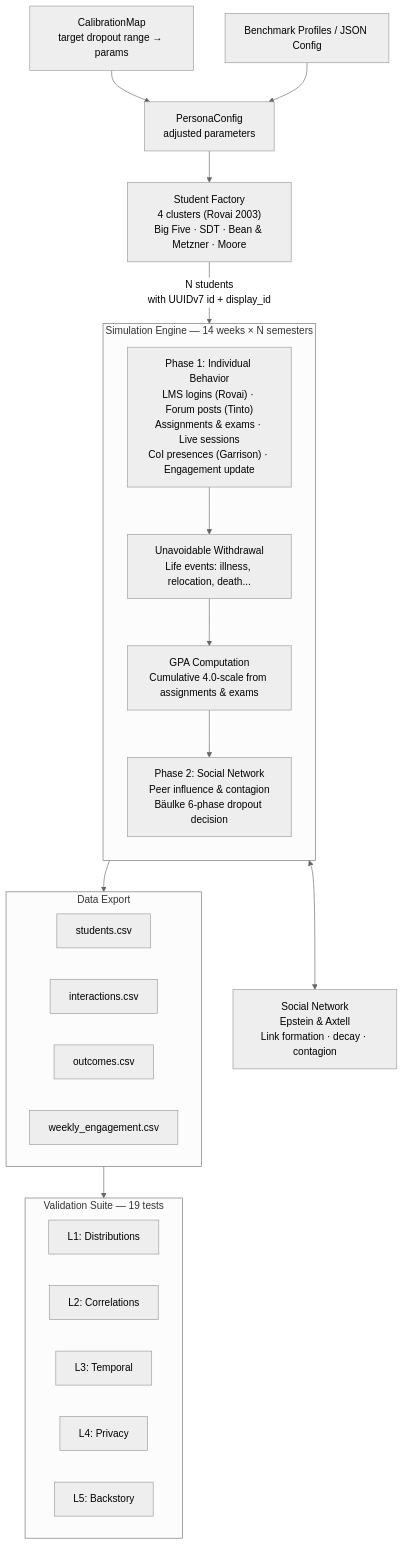
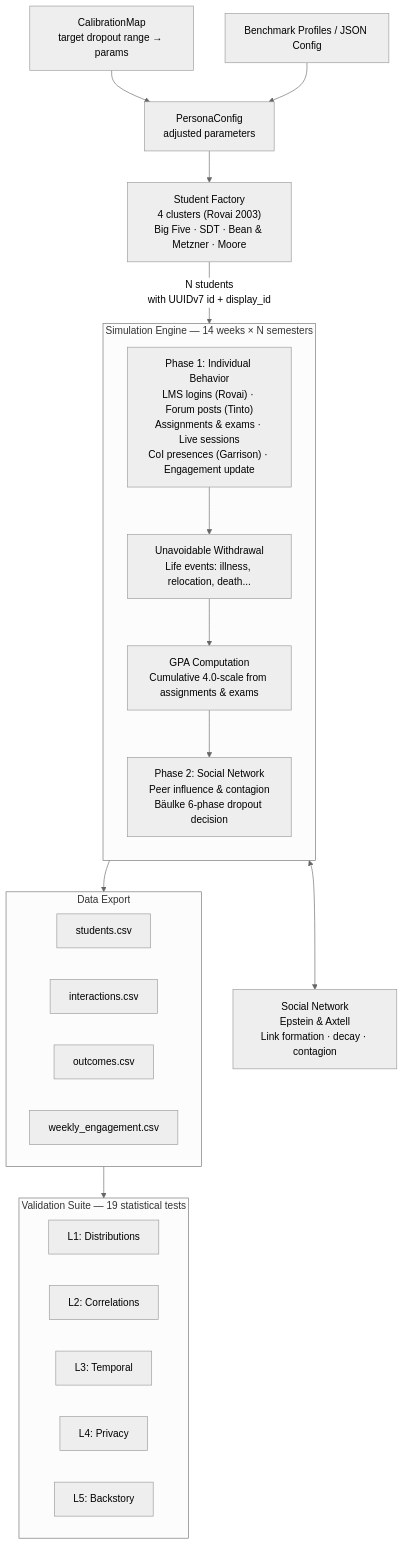
One commit to theaiagent/SynthEd changed the diagram in README.md. Above: the diagram before and after it, drawn with Mermaid (neutral theme). The commit also changed other lines of this file, not shown here.

Commit message:
docs: update README for LLM cluster features (288 tests, 23 files)

````diff
--- a/README.md
+++ b/README.md
@@ -42,47 +42,47 @@
 ```mermaid
 flowchart TD
     CM["CalibrationMap\ntarget dropout range → params"]
     BP["Benchmark Profiles / JSON Config"]
     PC["PersonaConfig\nadjusted parameters"]
 
     CM --> PC
     BP --> PC
 
     SF["Student Factory\n4 clusters (Rovai 2003)\nBig Five · SDT · Bean & Metzner · Moore"]
     PC --> SF
 
     SF -->|"N students\nwith UUIDv7 id + display_id"| engine
 
     subgraph engine ["Simulation Engine — 14 weeks × N semesters"]
         direction TB
         P1["Phase 1: Individual Behavior\nLMS logins (Rovai) · Forum posts (Tinto)\nAssignments & exams · Live sessions\nCoI presences (Garrison) · Engagement update"]
         UW["Unavoidable Withdrawal\nLife events: illness, relocation, death..."]
         GPA["GPA Computation\nCumulative 4.0-scale from assignments & exams"]
         P2["Phase 2: Social Network\nPeer influence & contagion\nBäulke 6-phase dropout decision"]
         P1 --> UW --> GPA --> P2
     end
 
     SN["Social Network\nEpstein & Axtell\nLink formation · decay · contagion"]
     P2 <--> SN
 
     engine --> EX
 
     subgraph EX ["Data Export"]
         direction LR
         E1["students.csv"]
         E2["interactions.csv"]
         E3["outcomes.csv"]
         E4["weekly_engagement.csv"]
     end
 
     EX --> VAL
 
-    subgraph VAL ["Validation Suite — 19 tests"]
+    subgraph VAL ["Validation Suite — 19 statistical tests"]
         direction LR
         V1["L1: Distributions"]
         V2["L2: Correlations"]
         V3["L3: Temporal"]
         V4["L4: Privacy"]
         V5["L5: Backstory"]
     end
 ```
````
